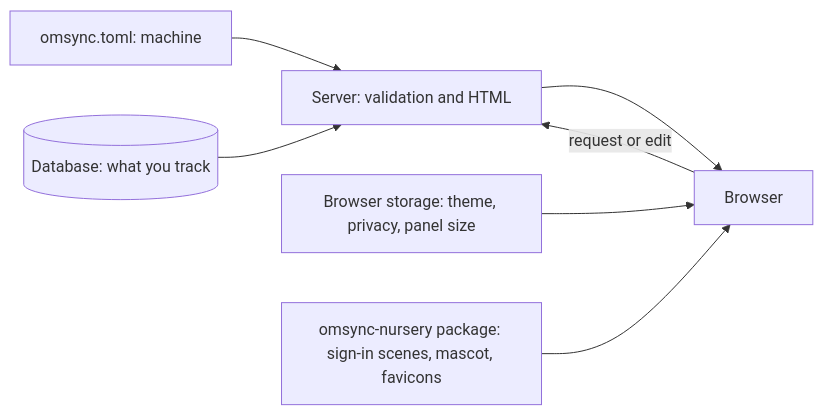
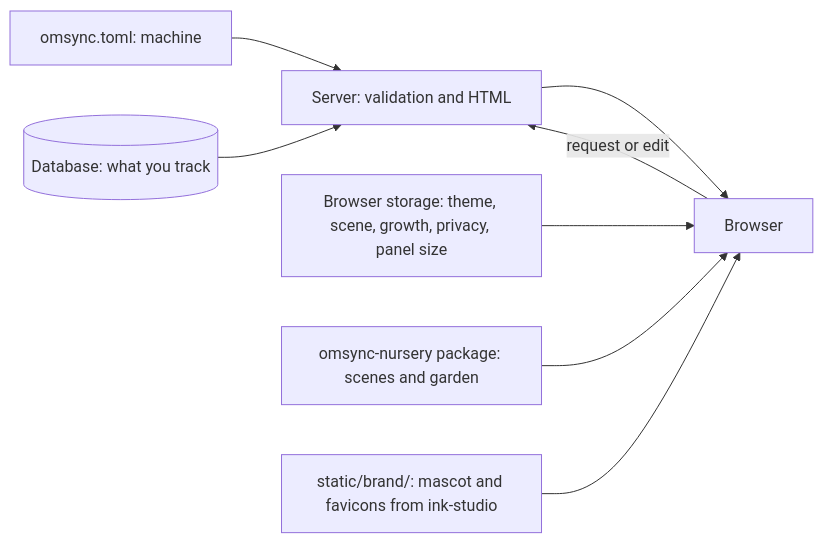
The first of 4 diagrams in docs/architecture/interface.md (spinningyoyo/omsync), drawn with Mermaid before and after one commit. The commit also changed other lines of this file and 27 other files, not shown here.

First line of the commit message:
feat(scenes): take brands from ink-studio and scenes from omsync-nursery

````diff
--- a/docs/architecture/interface.md
+++ b/docs/architecture/interface.md
@@ -10,9 +10,10 @@
 ```mermaid
 flowchart LR
     Server[Server: validation and HTML] --> Browser
     Browser -->|request or edit| Server
     TOML[omsync.toml: machine] --> Server
     DB[(Database: what you track)] --> Server
-    Local[Browser storage: theme, privacy, panel size] --> Browser
-    Nursery[omsync-nursery package: sign-in scenes, mascot, favicons] --> Browser
+    Local[Browser storage: theme, scene, growth, privacy, panel size] --> Browser
+    Nursery[omsync-nursery package: scenes and garden] --> Browser
+    Brand[static/brand/: mascot and favicons from ink-studio] --> Browser
 ```
````
